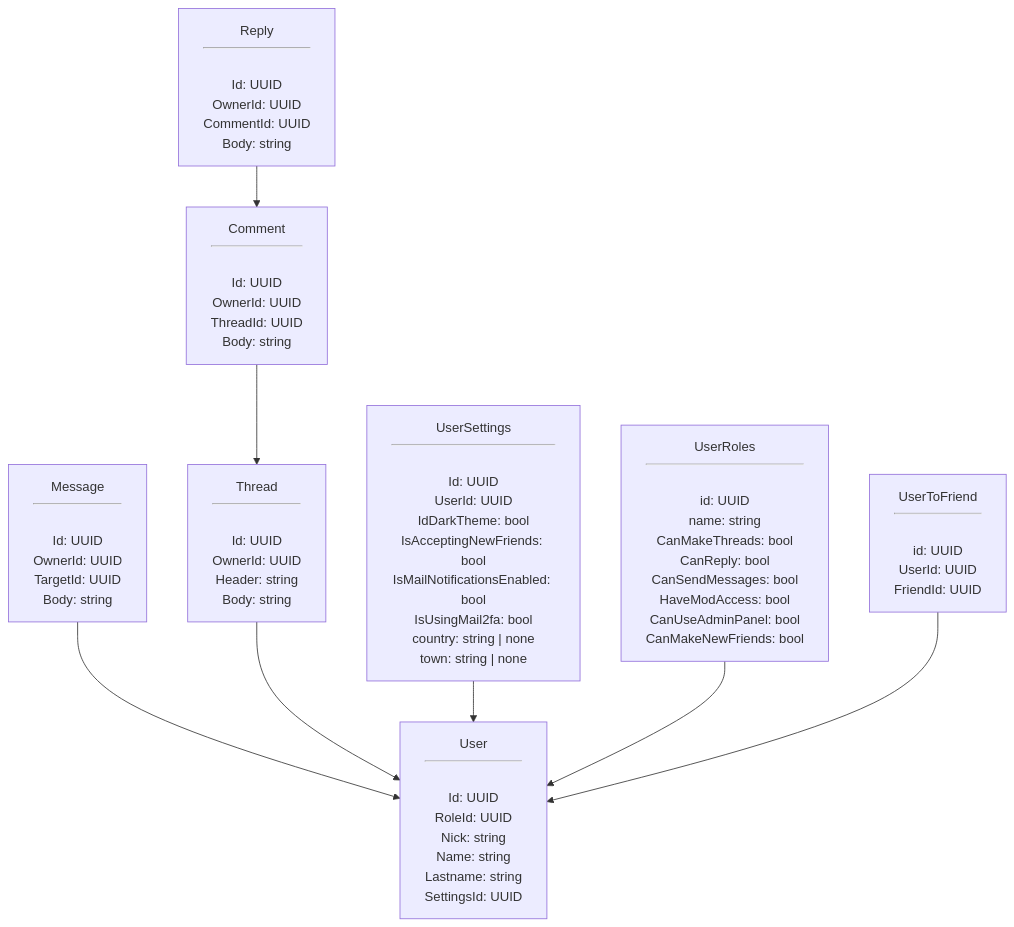
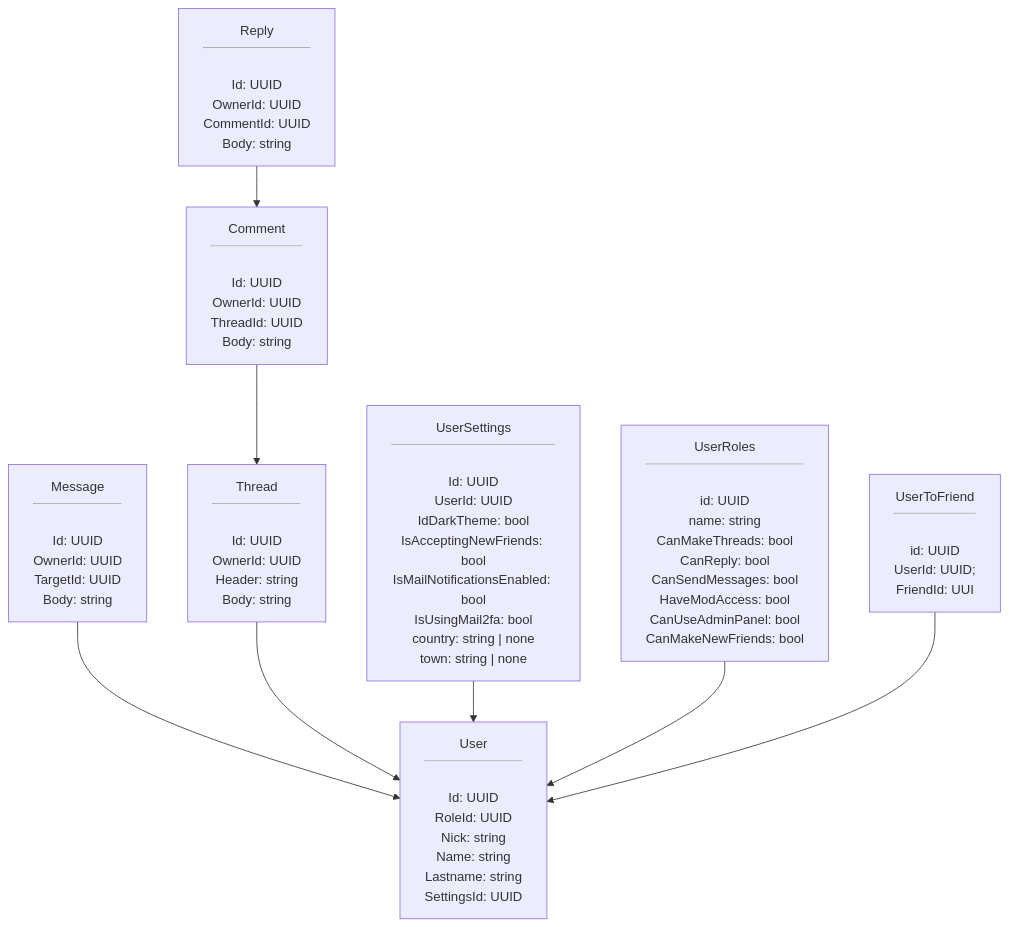
The diagram in README.md (pavel555980-sudo/forum), drawn with Mermaid before and after one commit. The commit also changed other lines of this file, not shown here.

Commit message:
Update README.md
Fix mermaid

````diff
--- a/README.md
+++ b/README.md
@@ -56,5 +57,5 @@
 ```mermaid
-flowchart TD
+flowchart TD;
     User["`
         User
         <hr>
@@ -64,7 +65,7 @@
         Name: string
         Lastname: string
         SettingsId: UUID
-    `"]
+    `"];
     Message["`
         Message
         <hr>
@@ -72,7 +73,7 @@
         OwnerId: UUID
         TargetId: UUID
         Body: string
-    `"]
+    `"];
     Thread["`
         Thread
         <hr>
@@ -80,7 +81,7 @@
         OwnerId: UUID
         Header: string
         Body: string
-    `"]
+    `"];
     Comment["`
         Comment
         <hr>
@@ -88,7 +89,7 @@
         OwnerId: UUID
         ThreadId: UUID
         Body: string
-    `"]
+    `"];
     Reply["`
         Reply
         <hr>
@@ -96,7 +97,7 @@
         OwnerId: UUID
         CommentId: UUID
         Body: string
-    `"]
+    `"];
     UserSettings["`
         UserSettings
         <hr>
@@ -108,7 +109,7 @@
         IsUsingMail2fa: bool
         country: string | none
         town: string | none
-    `"]
+    `"];
     UserRoles["`
         UserRoles
         <hr>
@@ -120,20 +121,20 @@
         HaveModAccess: bool
         CanUseAdminPanel: bool
         CanMakeNewFriends: bool
-    `"]
+    `"];
     UserToFriend["`
         UserToFriend
         <hr>
         id: UUID
-        UserId: UUID
-        FriendId: UUID
-    `"]
+        UserId: UUID;
+        FriendId: UUI
+    `"];
 
-    Message --> User
-    Thread --> User
-    Comment --> Thread
-    Reply --> Comment
-    UserSettings --> User
-    UserRoles --> User
-    UserToFriend --> User
+    Message --> User;
+    Thread --> User;
+    Comment --> Thread;
+    Reply --> Comment;
+    UserSettings --> User;
+    UserRoles --> User;
+    UserToFriend --> User;
 ```
````
